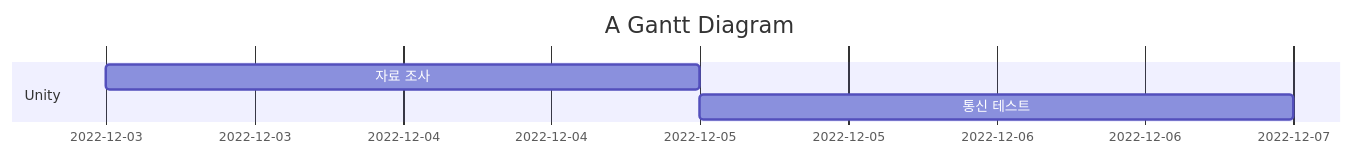
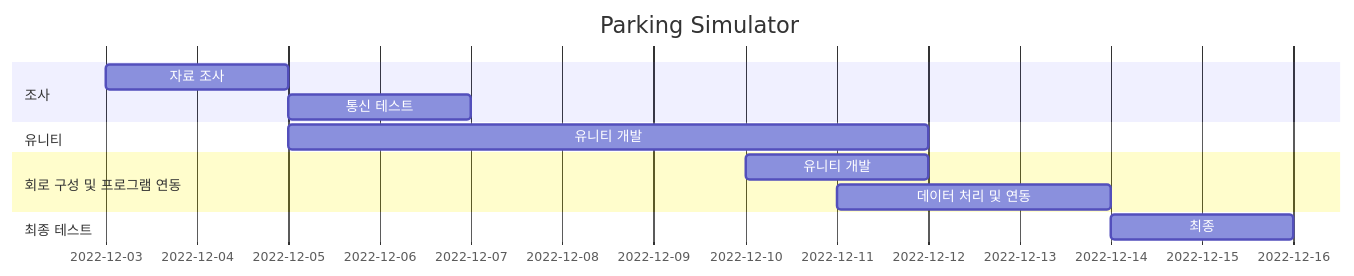
One commit to Embedded-System-0203/ParkingSimulator changed the diagram in README.md. Above: the diagram before and after it, drawn with Mermaid.

````diff
--- a/README.md
+++ b/README.md
@@ -7,8 +7,15 @@
 ```mermaid
 gantt
-    title A Gantt Diagram
+    title Parking Simulator
     dateFormat  YYYY-MM-DD
-    section Unity
+    section 조사
     자료 조사           :a1, 2022-12-03, 2d
     통신 테스트     :after a1  , 2d
+    section 유니티
+    유니티 개발     :a2, 2022-12-05, 7d
+    section 회로 구성 및 프로그램 연동
+    유니티 개발     :a3, 2022-12-10, 2d
+    데이터 처리 및 연동     :a4, 2022-12-11  , 3d
+    section 최종 테스트
+    최종     :after a4 , 2d
 ```
````
